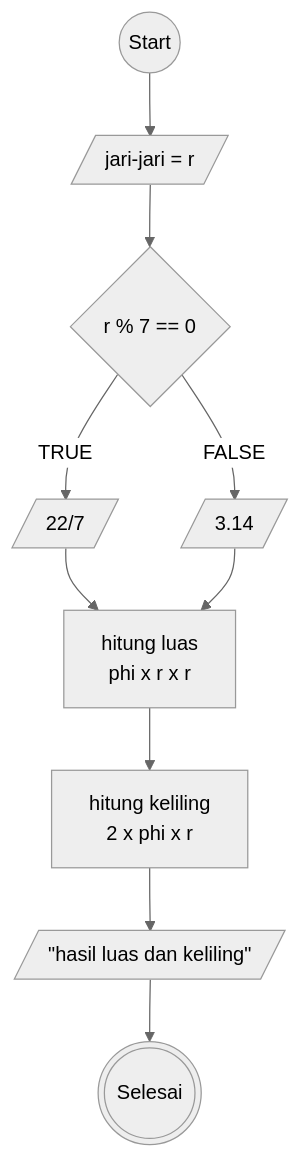
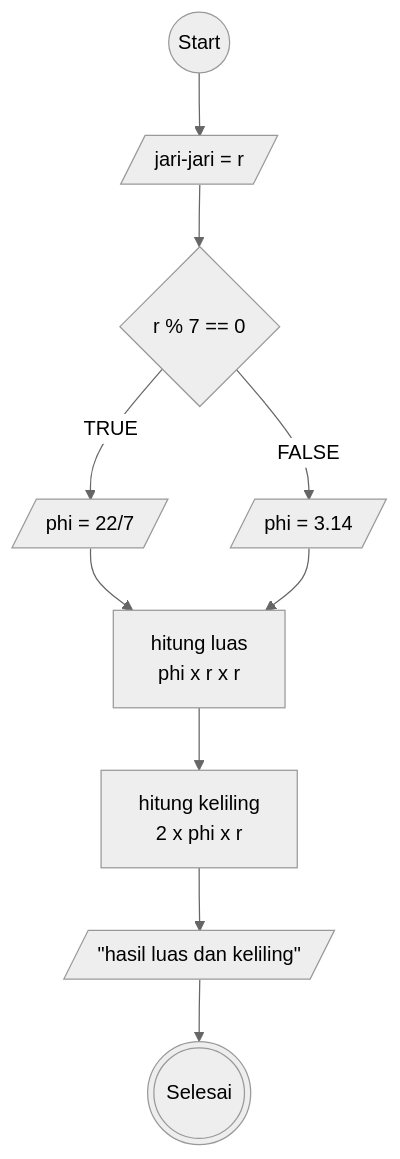
The diagram in MenghitungLuasLingkaran.md (Dwaysetya/fgo24-Algoritma), drawn with Mermaid (neutral theme) before and after one commit. The commit also changed other lines of this file, not shown here.

````diff
--- a/MenghitungLuasLingkaran.md
+++ b/MenghitungLuasLingkaran.md
@@ -17,27 +17,27 @@
 ```mermaid
 flowchart TB
 
  a@{ shape: circle, label: "Start" }
  b@{ shape: lean-r, label: "jari-jari = r" }
  c@{ shape: diamond, label: "r % 7 == 0" }
- d@{ shape: lean-r, label: "22/7" }
- e@{ shape: lean-r, label: "3.14" }
+ d@{ shape: lean-r, label: " phi = 22/7" }
+ e@{ shape: lean-r, label: "phi = 3.14" }
  f@{ shape: rect, label: " hitung luas
  phi x r x r" }
  g@{ shape: rect, label: "hitung keliling
  2 x phi x r" }
  h@{ shape: lean-r, label: '"hasil luas dan keliling"' }
  i@{ shape: dbl-circ, label: "Selesai" }
 
 
  a --> b
  b --> c
  c --TRUE--> d
  c --FALSE--> e
  d --> f
  e --> f
  f --> g
  g --> h
  h --> i
 
 ```
````
